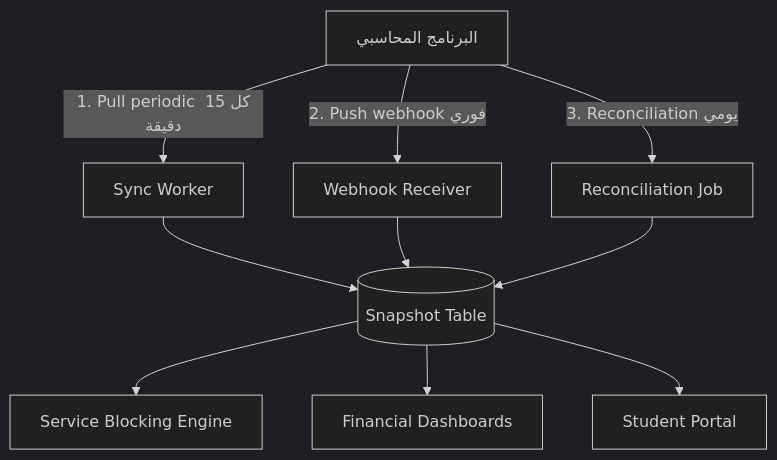
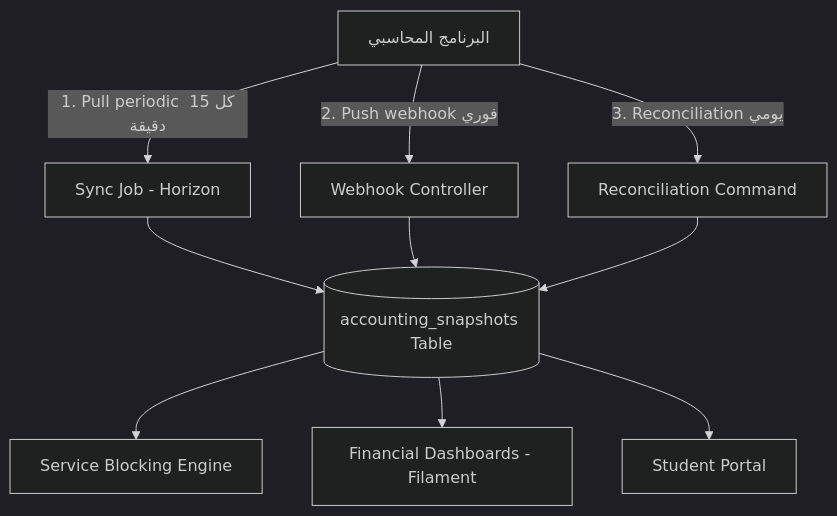
One commit to alharbib902-del/technical-handover changed the first of 7 diagrams in مسودات-الوكلاء/الجزء-03-التكاملات-والأمان-والأداء.md. Above: the diagram before and after it, drawn with Mermaid (dark theme). The commit also changed other lines of this file and 22 other files, not shown here.

````diff
--- a/مسودات-الوكلاء/الجزء-03-التكاملات-والأمان-والأداء.md
+++ b/مسودات-الوكلاء/الجزء-03-التكاملات-والأمان-والأداء.md
@@ -91,14 +122,14 @@
 ```mermaid
 graph TB
-    A[البرنامج المحاسبي] -->|1. Pull periodic كل 15 دقيقة| B[Sync Worker]
-    A -->|2. Push webhook فوري| C[Webhook Receiver]
-    A -->|3. Reconciliation يومي| D[Reconciliation Job]
+    A[البرنامج المحاسبي] -->|1. Pull periodic كل 15 دقيقة| B[Sync Job - Horizon]
+    A -->|2. Push webhook فوري| C[Webhook Controller]
+    A -->|3. Reconciliation يومي| D[Reconciliation Command]
 
-    B --> E[(Snapshot Table)]
+    B --> E[(accounting_snapshots Table)]
     C --> E
     D --> E
 
     E --> F[Service Blocking Engine]
-    E --> G[Financial Dashboards]
+    E --> G[Financial Dashboards - Filament]
     E --> H[Student Portal]
 ```
````
